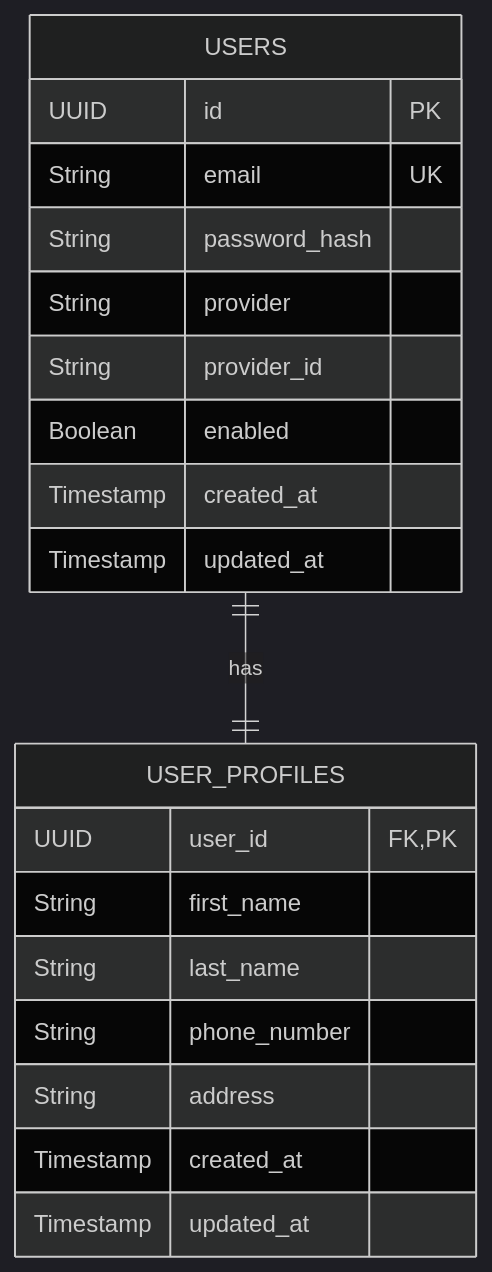
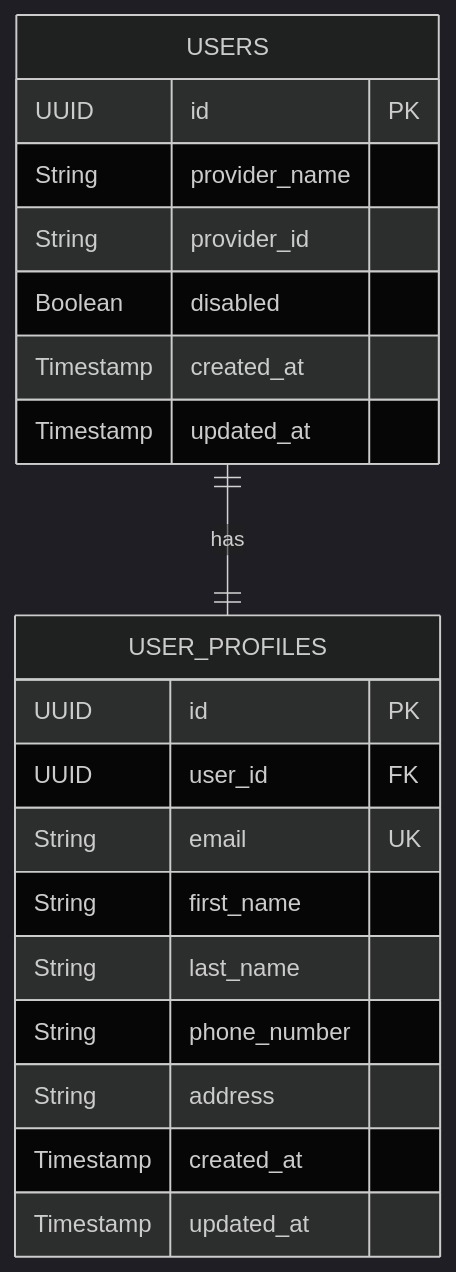
The diagram in specs/002-user-auth-profile/data-model.md (thongdanghoang/scalable-ecommerce-platform), drawn with Mermaid (dark theme) before and after one commit. The commit also changed other lines of this file and 33 other files, not shown here.

````diff
--- a/specs/002-user-auth-profile/data-model.md
+++ b/specs/002-user-auth-profile/data-model.md
@@ -8,23 +8,23 @@
 ```mermaid
 erDiagram
-    USERS ||--|| USER_PROFILES : "has"
+    USERS ||--|| USER_PROFILES: "has"
     USERS {
         UUID id PK
-        String email UK
-        String password_hash
-        String provider
+        String provider_name
         String provider_id
-        Boolean enabled
+        Boolean disabled
         Timestamp created_at
         Timestamp updated_at
     }
     USER_PROFILES {
-        UUID user_id FK, PK
+        UUID id PK
+        UUID user_id FK
+        String email UK
         String first_name
         String last_name
         String phone_number
         String address
         Timestamp created_at
         Timestamp updated_at
     }
 ```
````
